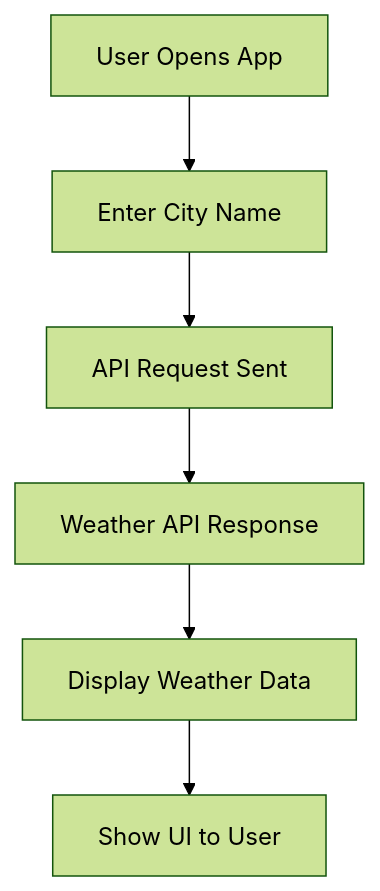
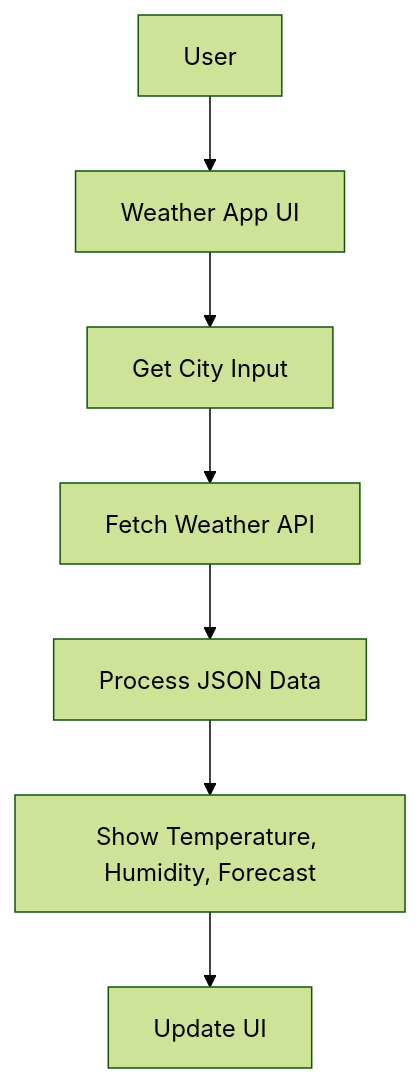
Before and after one commit to sameerullahk8-glitch/weather-app: the diagram in architecture.md, drawn with Mermaid (forest theme).

````diff
--- a/architecture.md
+++ b/architecture.md
@@ -1,8 +1,9 @@
 ```mermaid
 flowchart TD
-    A[User Opens App] --> B[Enter City Name]
-    B --> C[API Request Sent]
-    C --> D[Weather API Response]
-    D --> E[Display Weather Data]
-    E --> F[Show UI to User]
+    A[User] --> B[Weather App UI]
+    B --> C[Get City Input]
+    C --> D[Fetch Weather API]
+    D --> E[Process JSON Data]
+    E --> F[Show Temperature, Humidity, Forecast]
+    F --> G[Update UI]
 ```
````
